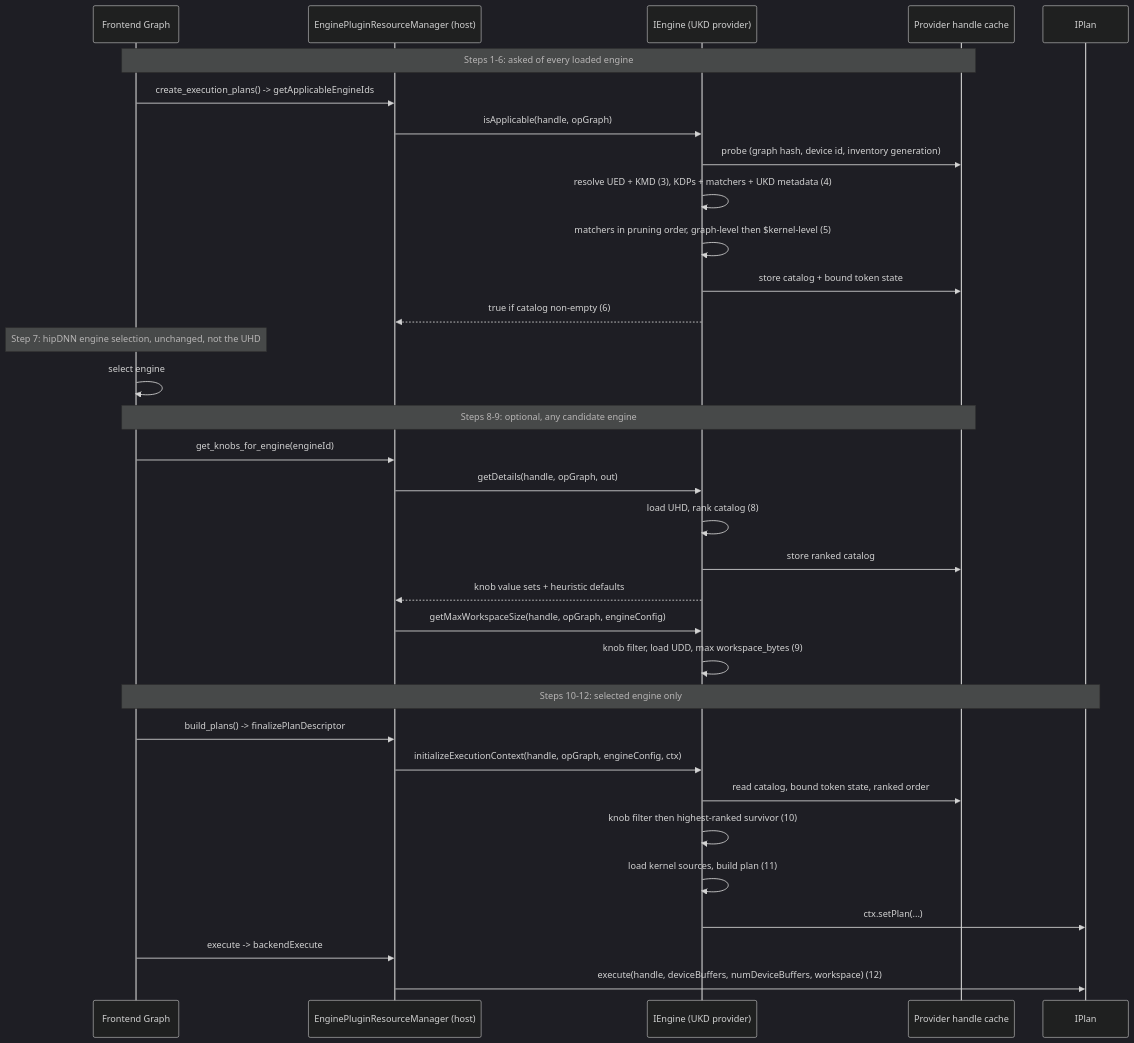
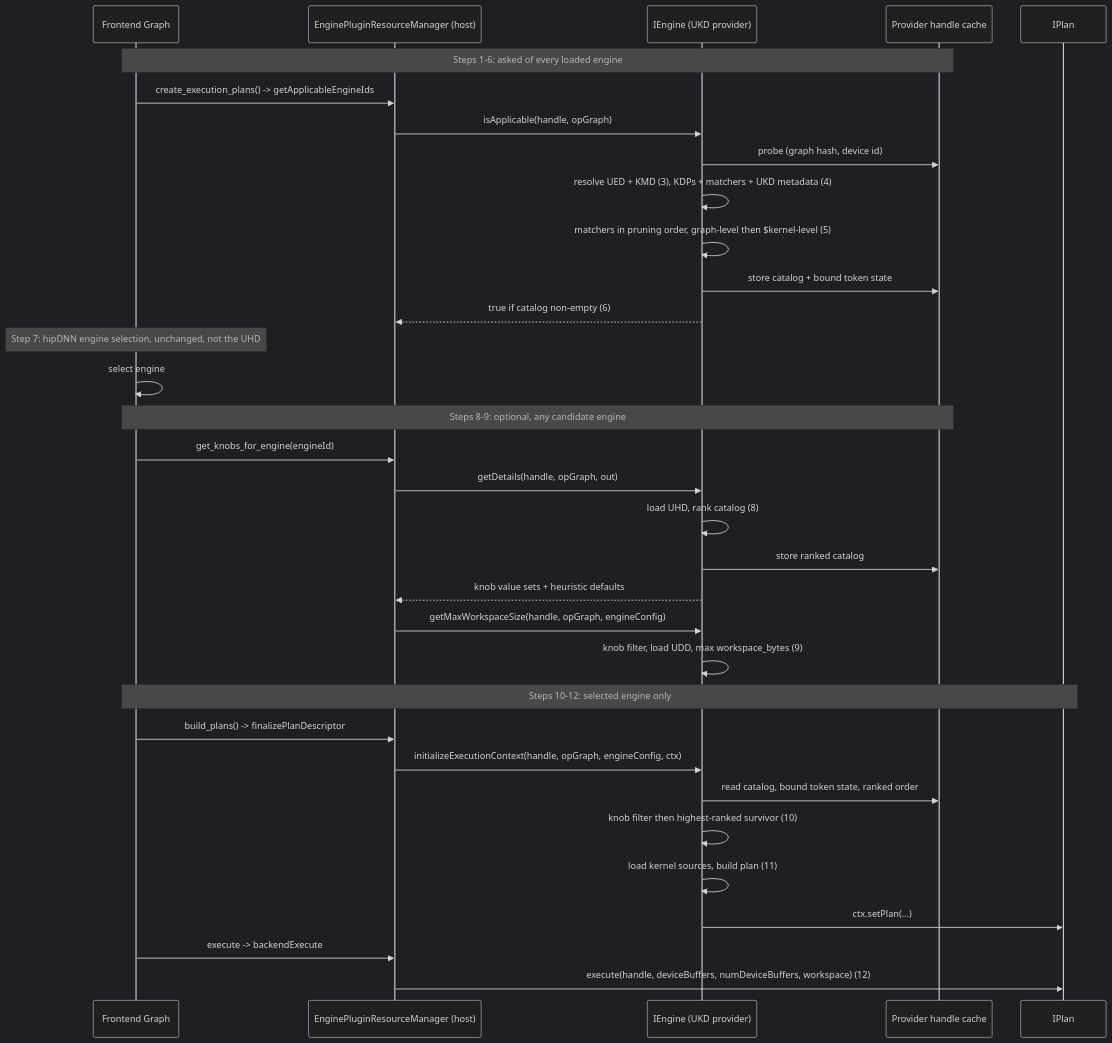
The diagram in projects/hipdnn/docs/rfcs/0017_UniversalKernelDescriptor.md (ROCm/rocm-libraries), drawn with Mermaid (dark theme) before and after one commit. The commit also changed other lines of this file, not shown here.

````diff
--- a/projects/hipdnn/docs/rfcs/0017_UniversalKernelDescriptor.md
+++ b/projects/hipdnn/docs/rfcs/0017_UniversalKernelDescriptor.md
@@ -1132,39 +1126,39 @@
 ```mermaid
 sequenceDiagram
     participant FE as Frontend Graph
     participant ERM as EnginePluginResourceManager (host)
     participant Eng as IEngine (UKD provider)
     participant Cache as Provider handle cache
     participant Plan as IPlan
 
     Note over FE,Cache: Steps 1-6: asked of every loaded engine
     FE->>ERM: create_execution_plans() -> getApplicableEngineIds
     ERM->>Eng: isApplicable(handle, opGraph)
-    Eng->>Cache: probe (graph hash, device id, inventory generation)
+    Eng->>Cache: probe (graph hash, device id)
     Eng->>Eng: resolve UED + KMD (3), KDPs + matchers + UKD metadata (4)
     Eng->>Eng: matchers in pruning order, graph-level then $kernel-level (5)
     Eng->>Cache: store catalog + bound token state
     Eng-->>ERM: true if catalog non-empty (6)
 
     Note over FE: Step 7: hipDNN engine selection, unchanged, not the UHD
     FE->>FE: select engine
 
     Note over FE,Cache: Steps 8-9: optional, any candidate engine
     FE->>ERM: get_knobs_for_engine(engineId)
     ERM->>Eng: getDetails(handle, opGraph, out)
     Eng->>Eng: load UHD, rank catalog (8)
     Eng->>Cache: store ranked catalog
     Eng-->>ERM: knob value sets + heuristic defaults
     ERM->>Eng: getMaxWorkspaceSize(handle, opGraph, engineConfig)
     Eng->>Eng: knob filter, load UDD, max workspace_bytes (9)
 
     Note over FE,Plan: Steps 10-12: selected engine only
     FE->>ERM: build_plans() -> finalizePlanDescriptor
     ERM->>Eng: initializeExecutionContext(handle, opGraph, engineConfig, ctx)
     Eng->>Cache: read catalog, bound token state, ranked order
     Eng->>Eng: knob filter then highest-ranked survivor (10)
     Eng->>Eng: load kernel sources, build plan (11)
     Eng->>Plan: ctx.setPlan(...)
     FE->>ERM: execute -> backendExecute
     ERM->>Plan: execute(handle, deviceBuffers, numDeviceBuffers, workspace) (12)
 ```
````
